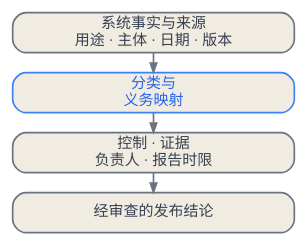
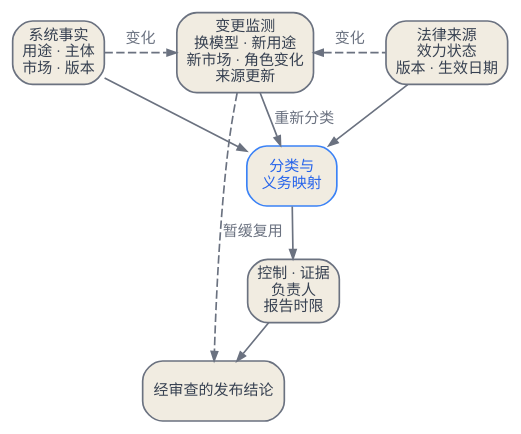
One commit to latere-ai/ai-as-an-infrastructure changed the diagram in zh/safety/08-law-regulation-policy.qmd. Above: the diagram before and after it, drawn with Graphviz. The commit also changed other lines of this file and 1 other file, not shown here.

Commit message:
safety: law chapter drops the classification stepper; the versioned claim draws the change monitor and its reopen edge

````diff
--- a/zh/safety/08-law-regulation-policy.qmd
+++ b/zh/safety/08-law-regulation-policy.qmd
@@ -52,16 +38,25 @@
 ```{dot}
 //| label: fig-law-versioned-claim
-//| fig-cap: "只有在相关事实和来源均与记录一致时，合规结论才有效。任一输入发生变化，都必须重新分类，不能直接复用原有的发布证据。"
+//| fig-cap: "合规结论只对记录下来的系统事实和法律来源成立。变更监测同时盯着这两项输入；任一项发生变化，都要重新分类，发布结论也要暂缓复用，直到义务、控制措施和证据重新审查完毕。"
 digraph claim {
   rankdir=TB;
   bgcolor="transparent";
-  graph [nodesep=0.12, ranksep=0.16];
-  node [shape=box, style="rounded,filled", fontname="PingFang SC", fontsize=9, color="#6b7280", fontcolor="#374151", fillcolor="#f1ece1", width=2.35, height=0.34, margin="0.05,0.03"];
-  edge [color="#6b7280", arrowsize=0.55];
-  inputs [label="系统事实与来源\n用途 · 主体 · 日期 · 版本"];
+  graph [nodesep=0.3, ranksep=0.3];
+  node [shape=box, style="rounded,filled", fontname="PingFang SC", fontsize=9, color="#6b7280", fontcolor="#374151", fillcolor="#f1ece1", margin="0.08,0.05"];
+  facts [label="系统事实\n用途 · 主体\n市场 · 版本"];
+  monitor [label="变更监测\n换模型 · 新用途\n新市场 · 角色变化\n来源更新"];
+  sources [label="法律来源\n效力状态\n版本 · 生效日期"];
   classify [label="分类与\n义务映射", color="#3b82f6", fontcolor="#2563eb"];
-  evidence [label="控制 · 证据\n负责人 · 报告时限"];
+  evidence [label="控制 · 证据\n负责人\n报告时限"];
   release [label="经审查的发布结论"];
-  inputs -> classify -> evidence -> release;
+  edge [fontname="PingFang SC", color="#6b7280", arrowsize=0.55, fontsize=9, fontcolor="#6b7280"];
+  facts -> classify;
+  sources -> classify;
+  classify -> evidence -> release;
+  facts -> monitor [style=dashed, label="变化"];
+  monitor -> sources [style=dashed, dir=back, label="变化"];
+  monitor -> classify [label="重新分类"];
+  monitor -> release [style=dashed, label="暂缓复用"];
+  {rank=same; facts; monitor; sources;}
 }
 ```
````
